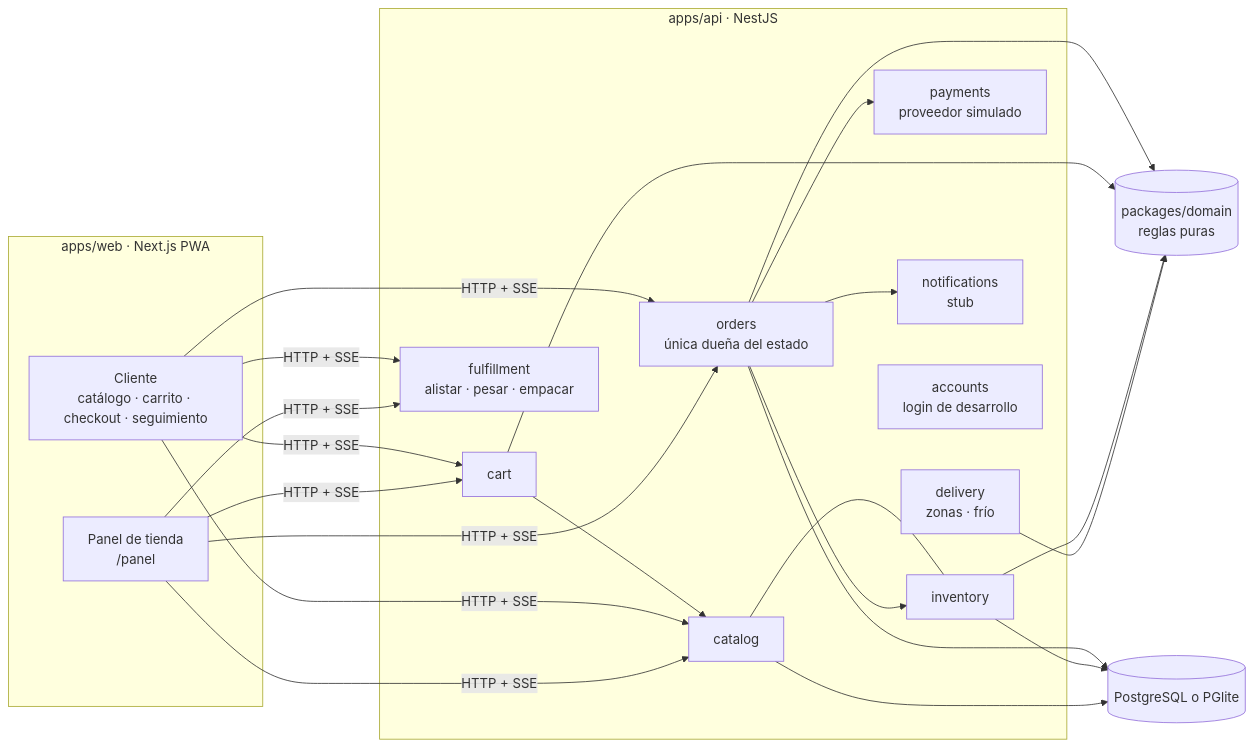
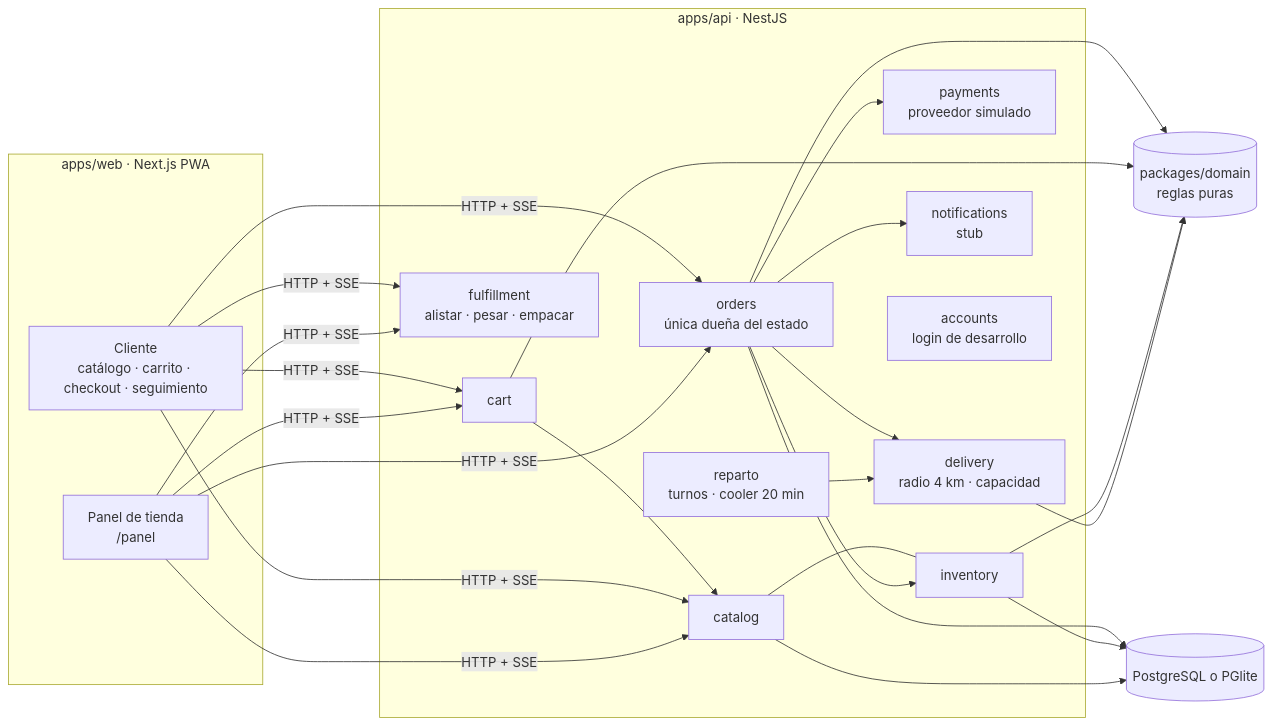
Before and after one commit to jorgebsi1/Repo-7: the diagram in docs/14-arquitectura-del-esqueleto.md, drawn with Mermaid. The commit also changed other lines of this file and 43 other files, not shown here.

First line of the commit message:
Stage 4A: radius-based delivery, 20-minute cooler window and courier assignment

````diff
--- a/docs/14-arquitectura-del-esqueleto.md
+++ b/docs/14-arquitectura-del-esqueleto.md
@@ -6,23 +6,25 @@
 ```mermaid
 flowchart LR
   subgraph WEB[apps/web · Next.js PWA]
     C[Cliente<br/>catálogo · carrito · checkout · seguimiento]
     P[Panel de tienda<br/>/panel]
   end
   subgraph API[apps/api · NestJS]
     CAT[catalog] --- INV[inventory]
     CART[cart] --> CAT
     ORD[orders<br/>única dueña del estado]
     FUL[fulfillment<br/>alistar · pesar · empacar]
     PAY[payments<br/>proveedor simulado]
-    DEL[delivery<br/>zonas · frío]
+    DEL[delivery<br/>radio 4 km · capacidad]
+    REP[reparto<br/>turnos · cooler 20 min]
     NOT[notifications<br/>stub]
     ACC[accounts<br/>login de desarrollo]
   end
   DOM[(packages/domain<br/>reglas puras)]
   DB[(PostgreSQL o PGlite)]
   C & P -->|HTTP + SSE| ORD & CART & CAT & FUL
-  ORD --> INV & PAY & NOT
+  ORD --> INV & PAY & NOT & DEL
+  REP --> DEL
   ORD & CART & INV & DEL --> DOM
   ORD & INV & CAT --> DB
 ```
````
